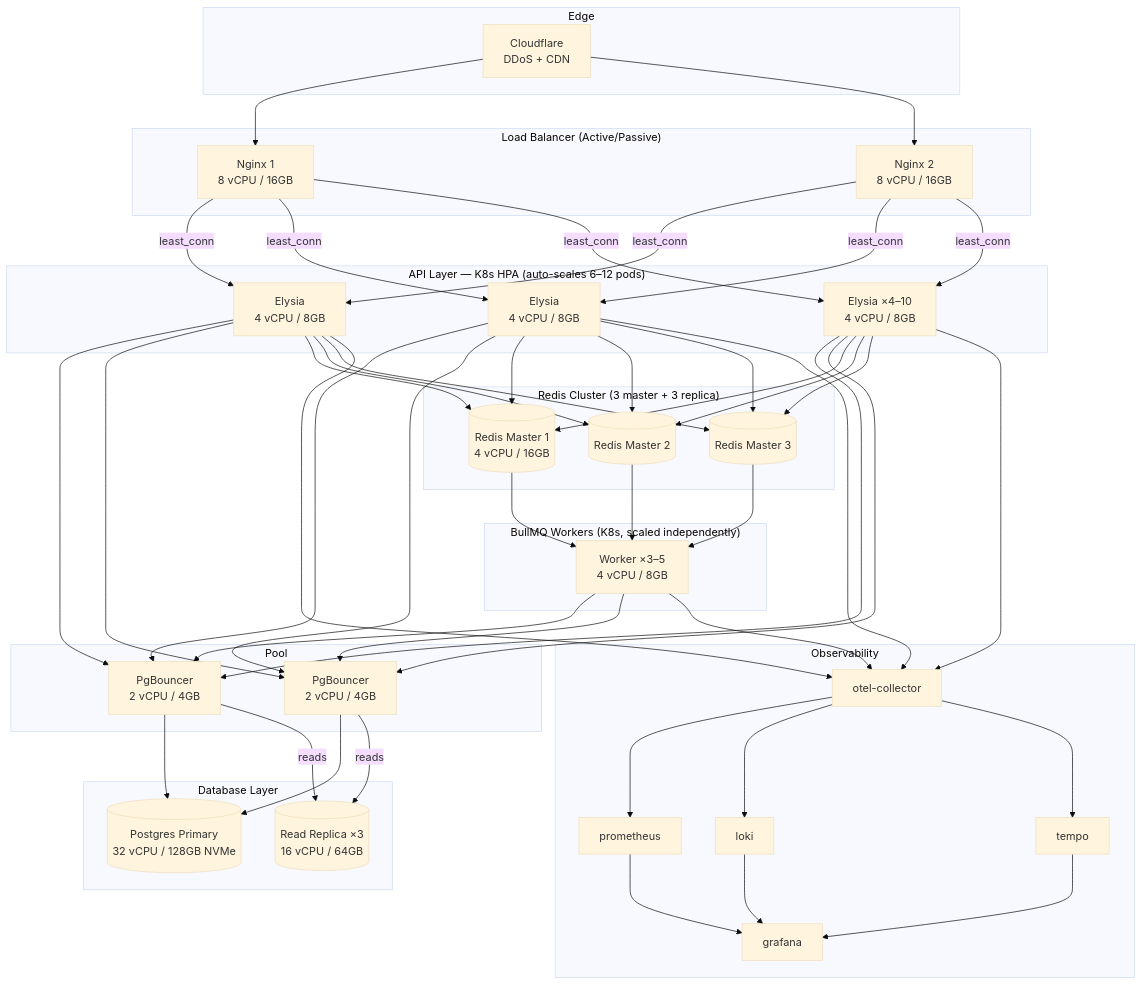
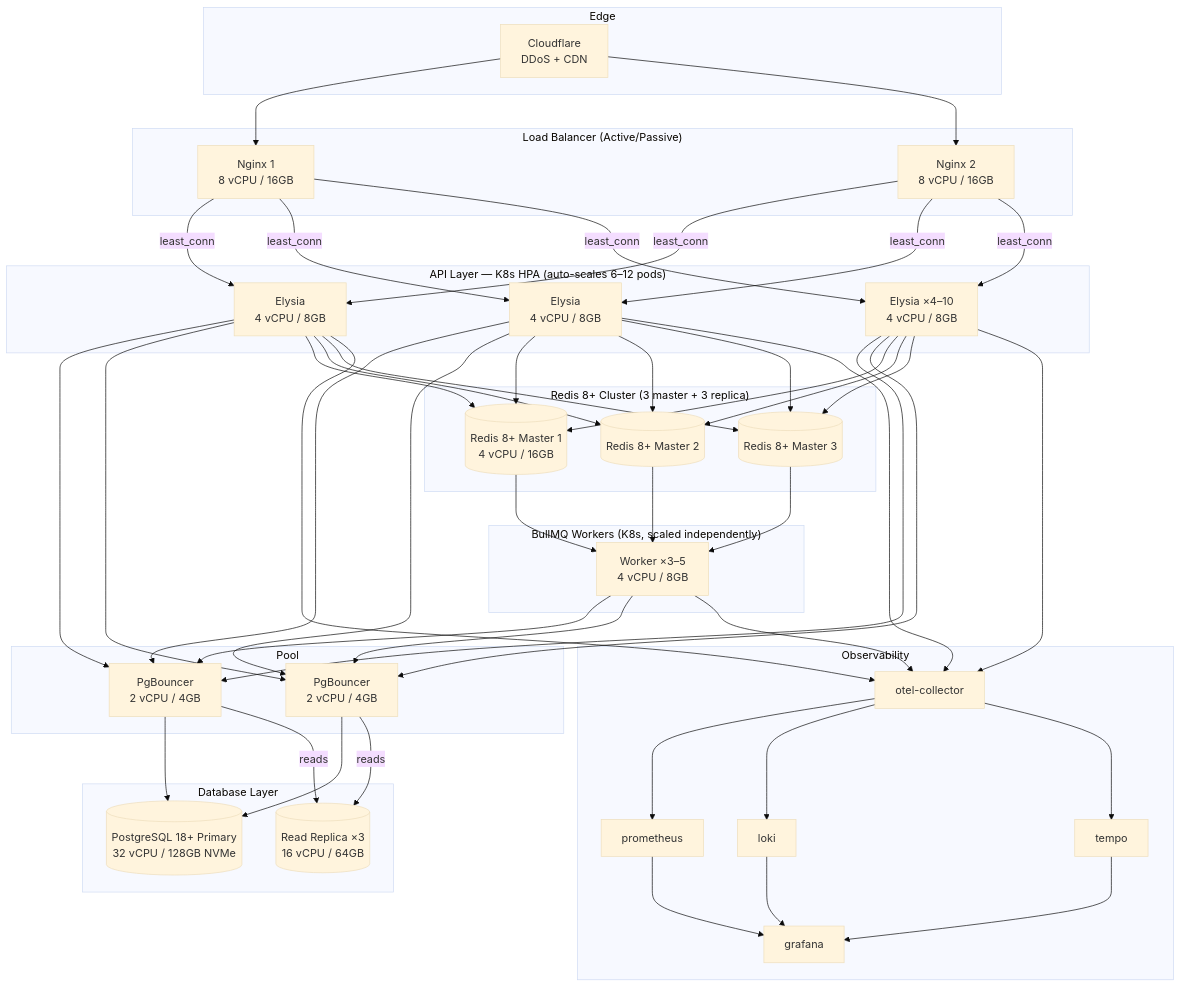
One commit to takin/knowledge-base changed the third of 3 diagrams in raw/engineering/tech-stacks/2026-04-15-infra-docker-compose-nginx-stack.md. Above: the diagram before and after it, drawn with Mermaid (base theme). The commit also changed other lines of this file and 13 other files, not shown here.

````diff
--- a/raw/engineering/tech-stacks/2026-04-15-infra-docker-compose-nginx-stack.md
+++ b/raw/engineering/tech-stacks/2026-04-15-infra-docker-compose-nginx-stack.md
@@ -1086,58 +1182,58 @@
 ```mermaid
 flowchart TD
     subgraph Edge
         CF[Cloudflare<br/>DDoS + CDN]
     end
     
     subgraph LB["Load Balancer (Active/Passive)"]
         N1[Nginx 1<br/>8 vCPU / 16GB]
         N2[Nginx 2<br/>8 vCPU / 16GB]
     end
     
     subgraph App["API Layer — K8s HPA (auto-scales 6–12 pods)"]
         A1[Elysia<br/>4 vCPU / 8GB]
         A2[Elysia<br/>4 vCPU / 8GB]
         A3[Elysia ×4–10<br/>4 vCPU / 8GB]
     end
     
     subgraph Pool
         PB1[PgBouncer<br/>2 vCPU / 4GB]
         PB2[PgBouncer<br/>2 vCPU / 4GB]
     end
     
     subgraph DB["Database Layer"]
-        PG1[(Postgres Primary<br/>32 vCPU / 128GB NVMe)]
+        PG1[(PostgreSQL 18+ Primary<br/>32 vCPU / 128GB NVMe)]
         PG2[(Read Replica ×3<br/>16 vCPU / 64GB)]
     end
     
-    subgraph Cache["Redis Cluster (3 master + 3 replica)"]
-        R1[(Redis Master 1<br/>4 vCPU / 16GB)]
-        R2[(Redis Master 2)]
-        R3[(Redis Master 3)]
+    subgraph Cache["Redis 8+ Cluster (3 master + 3 replica)"]
+        R1[(Redis 8+ Master 1<br/>4 vCPU / 16GB)]
+        R2[(Redis 8+ Master 2)]
+        R3[(Redis 8+ Master 3)]
     end
     
     subgraph Workers["BullMQ Workers (K8s, scaled independently)"]
         W1[Worker ×3–5<br/>4 vCPU / 8GB]
     end
 
     subgraph Obs["Observability"]
         OTEL[otel-collector]
         PROM[prometheus]
         LOKI[loki]
         TEMPO[tempo]
         GRAF[grafana]
     end
     
     CF --> N1 & N2
     N1 & N2 -->|least_conn| A1 & A2 & A3
     A1 & A2 & A3 --> PB1 & PB2
     PB1 & PB2 --> PG1
     PB1 & PB2 -->|reads| PG2
     A1 & A2 & A3 --> R1 & R2 & R3
     R1 & R2 & R3 --> W1
     W1 --> PB1 & PB2
     A1 & A2 & A3 --> OTEL
     W1 --> OTEL
     OTEL --> PROM & LOKI & TEMPO
     PROM & LOKI & TEMPO --> GRAF
 ```
````
